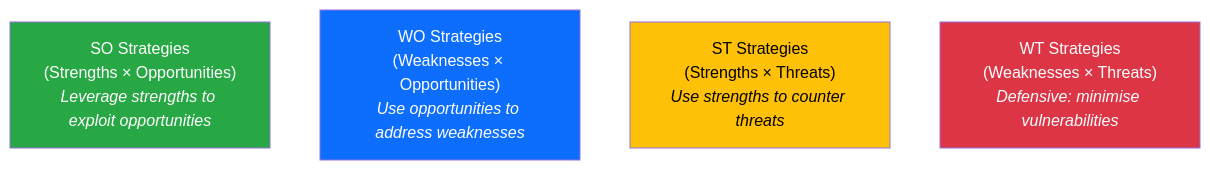
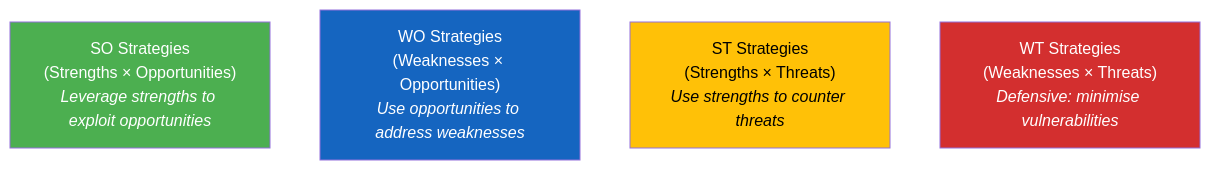
One commit to Hack23/riksdagsmonitor changed the fourth of 9 diagrams in analysis/methodologies/political-swot-framework.md. Above: the diagram before and after it, drawn with Mermaid. The commit also changed other lines of this file and 14 other files, not shown here.

First line of the commit message:
Align analysis/ mermaid diagrams with ISMS Style Guide palette and convert SWOT to quadrantChart

````diff
--- a/analysis/methodologies/political-swot-framework.md
+++ b/analysis/methodologies/political-swot-framework.md
@@ -332,12 +332,12 @@
 ```mermaid
 graph TD
     SO["SO Strategies<br/>(Strengths × Opportunities)<br/><em>Leverage strengths to exploit opportunities</em>"]
     WO["WO Strategies<br/>(Weaknesses × Opportunities)<br/><em>Use opportunities to address weaknesses</em>"]
     ST["ST Strategies<br/>(Strengths × Threats)<br/><em>Use strengths to counter threats</em>"]
     WT["WT Strategies<br/>(Weaknesses × Threats)<br/><em>Defensive: minimise vulnerabilities</em>"]
 
-    style SO fill:#28a745,color:#fff
-    style WO fill:#0d6efd,color:#fff
-    style ST fill:#ffc107,color:#000
-    style WT fill:#dc3545,color:#fff
+    style SO fill:#4CAF50,color:#FFFFFF
+    style WO fill:#1565C0,color:#FFFFFF
+    style ST fill:#FFC107,color:#000000
+    style WT fill:#D32F2F,color:#FFFFFF
 ```
````
